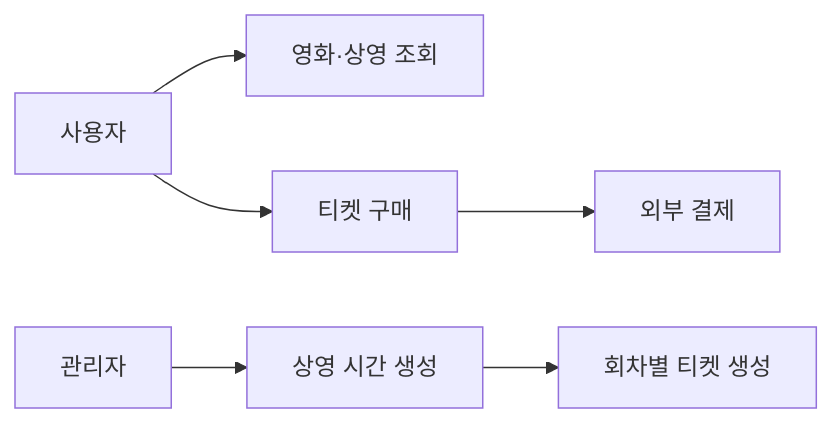
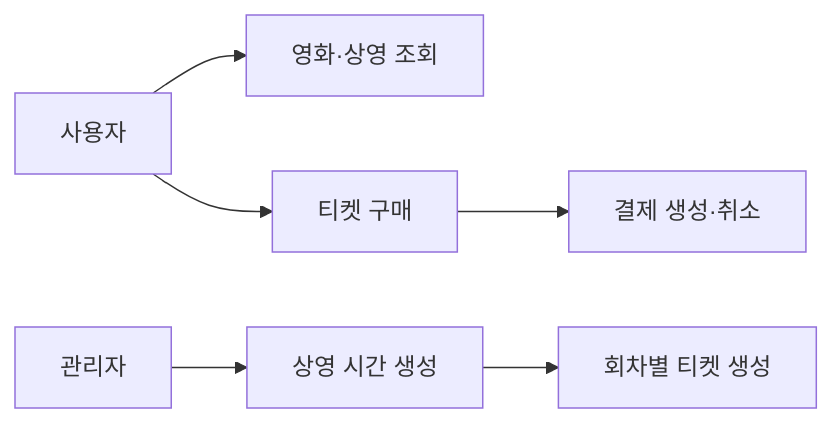
The first of 2 diagrams in docs/reference/tutorial.md (mannercode/nest-seed), drawn with Mermaid before and after one commit. The commit also changed other lines of this file and 11 other files, not shown here.

````diff
--- a/docs/reference/tutorial.md
+++ b/docs/reference/tutorial.md
@@ -18,8 +18,8 @@
 ```mermaid
 flowchart LR
     U[사용자] --> Search[영화·상영 조회]
     U --> Purchase[티켓 구매]
     A[관리자] --> Create[상영 시간 생성]
     Create --> Tickets[회차별 티켓 생성]
-    Purchase --> Payment[외부 결제]
+    Purchase --> Payment[결제 생성·취소]
 ```
````
